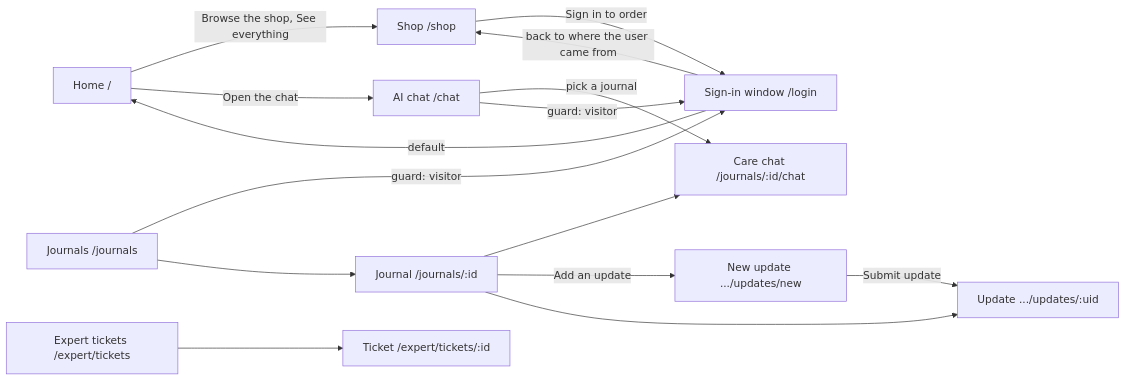
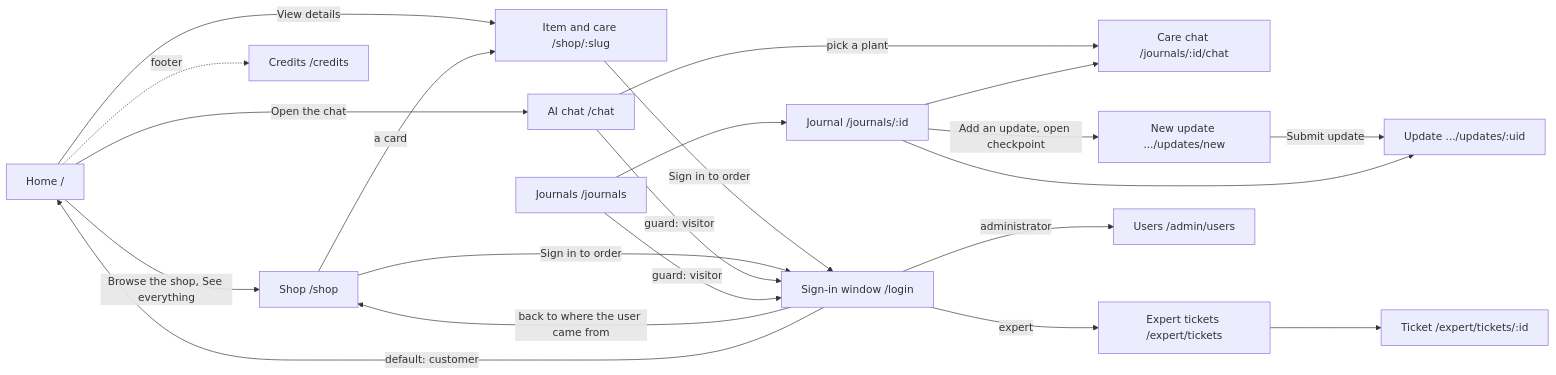
Before and after one commit to DaniilTsitavets/diploma-growpath-frontend: the first of 8 diagrams in docs/user-flows.md, drawn with Mermaid. The commit also changed other lines of this file and 6 other files, not shown here.

````diff
--- a/docs/user-flows.md
+++ b/docs/user-flows.md
@@ -9,29 +9,38 @@
 ```mermaid
 flowchart LR
   home["Home /"]
   shop["Shop /shop"]
+  item["Item and care /shop/:slug"]
+  credits["Credits /credits"]
   chat["AI chat /chat"]
   login["Sign-in window /login"]
   journals["Journals /journals"]
   journal["Journal /journals/:id"]
   jchat["Care chat /journals/:id/chat"]
   newUpdate["New update .../updates/new"]
   update["Update .../updates/:uid"]
   tickets["Expert tickets /expert/tickets"]
   ticket["Ticket /expert/tickets/:id"]
+  users["Users /admin/users"]
 
   home -->|Browse the shop, See everything| shop
+  home -->|View details| item
   home -->|Open the chat| chat
+  shop -->|a card| item
+  item -->|Sign in to order| login
   shop -->|Sign in to order| login
   login -->|back to where the user came from| shop
-  login -->|default| home
-  chat -->|pick a journal| jchat
+  login -->|default: customer| home
+  login -->|expert| tickets
+  login -->|administrator| users
+  chat -->|pick a plant| jchat
   chat -->|guard: visitor| login
   journals -->|guard: visitor| login
   journals --> journal
   journal --> jchat
-  journal -->|Add an update| newUpdate
+  journal -->|Add an update, open checkpoint| newUpdate
   newUpdate -->|Submit update| update
   journal --> update
   tickets --> ticket
+  home -.->|footer| credits
 ```
````
